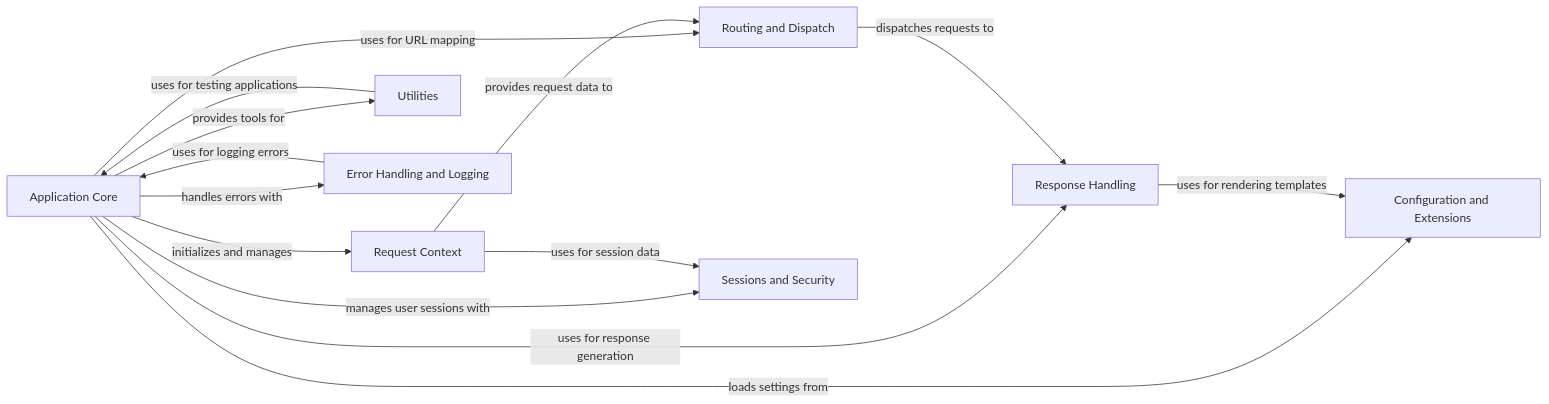
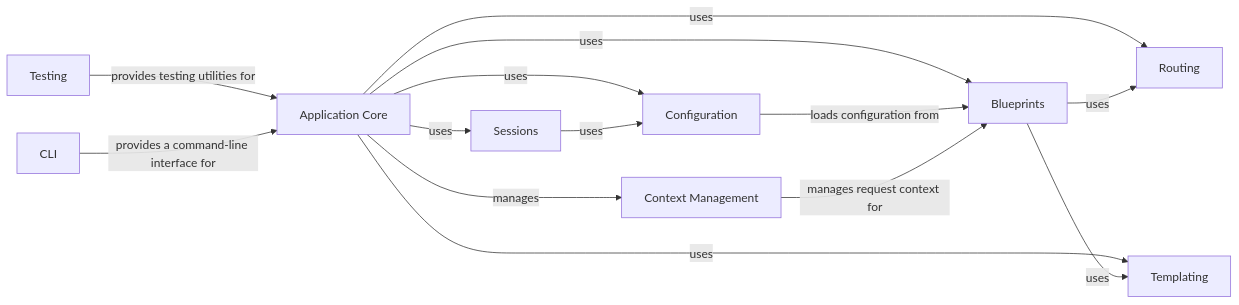
Before and after one commit to CodeBoarding/GeneratedOnBoardings: the diagram in flask/on_boarding.md, drawn with Mermaid. The commit also changed other lines of this file and 16 other files, not shown here.

````diff
--- a/flask/on_boarding.md
+++ b/flask/on_boarding.md
@@ -1,32 +1,34 @@
 ```mermaid
 graph LR
     Application_Core["Application Core"]
-    Request_Context["Request Context"]
-    Routing_and_Dispatch["Routing and Dispatch"]
-    Response_Handling["Response Handling"]
-    Configuration_and_Extensions["Configuration and Extensions"]
-    Sessions_and_Security["Sessions and Security"]
-    Utilities["Utilities"]
-    Error_Handling_and_Logging["Error Handling and Logging"]
-    Application_Core -- "initializes and manages" --> Request_Context
-    Application_Core -- "uses for URL mapping" --> Routing_and_Dispatch
-    Application_Core -- "uses for response generation" --> Response_Handling
-    Application_Core -- "loads settings from" --> Configuration_and_Extensions
-    Application_Core -- "manages user sessions with" --> Sessions_and_Security
-    Application_Core -- "provides tools for" --> Utilities
-    Application_Core -- "handles errors with" --> Error_Handling_and_Logging
-    Request_Context -- "provides request data to" --> Routing_and_Dispatch
-    Routing_and_Dispatch -- "dispatches requests to" --> Response_Handling
-    Response_Handling -- "uses for rendering templates" --> Configuration_and_Extensions
-    Request_Context -- "uses for session data" --> Sessions_and_Security
-    Utilities -- "uses for testing applications" --> Application_Core
-    Error_Handling_and_Logging -- "uses for logging errors" --> Application_Core
+    Context_Management["Context Management"]
+    Routing["Routing"]
+    Blueprints["Blueprints"]
+    Templating["Templating"]
+    Sessions["Sessions"]
+    Configuration["Configuration"]
+    Testing["Testing"]
+    CLI["CLI"]
+    Application_Core -- "manages" --> Context_Management
+    Application_Core -- "uses" --> Configuration
+    Application_Core -- "uses" --> Routing
+    Application_Core -- "uses" --> Blueprints
+    Application_Core -- "uses" --> Templating
+    Application_Core -- "uses" --> Sessions
+    Testing -- "provides testing utilities for" --> Application_Core
+    CLI -- "provides a command-line interface for" --> Application_Core
+    Configuration -- "loads configuration from" --> Blueprints
+    Context_Management -- "manages request context for" --> Blueprints
+    Blueprints -- "uses" --> Routing
+    Blueprints -- "uses" --> Templating
+    Sessions -- "uses" --> Configuration
     click Application_Core href "https://github.com/CodeBoarding/GeneratedOnBoardings/blob/main/flask/Application Core.md" "Details"
-    click Request_Context href "https://github.com/CodeBoarding/GeneratedOnBoardings/blob/main/flask/Request Context.md" "Details"
-    click Routing_and_Dispatch href "https://github.com/CodeBoarding/GeneratedOnBoardings/blob/main/flask/Routing and Dispatch.md" "Details"
-    click Response_Handling href "https://github.com/CodeBoarding/GeneratedOnBoardings/blob/main/flask/Response Handling.md" "Details"
-    click Configuration_and_Extensions href "https://github.com/CodeBoarding/GeneratedOnBoardings/blob/main/flask/Configuration and Extensions.md" "Details"
-    click Sessions_and_Security href "https://github.com/CodeBoarding/GeneratedOnBoardings/blob/main/flask/Sessions and Security.md" "Details"
-    click Utilities href "https://github.com/CodeBoarding/GeneratedOnBoardings/blob/main/flask/Utilities.md" "Details"
-    click Error_Handling_and_Logging href "https://github.com/CodeBoarding/GeneratedOnBoardings/blob/main/flask/Error Handling and Logging.md" "Details"
+    click Context_Management href "https://github.com/CodeBoarding/GeneratedOnBoardings/blob/main/flask/Context Management.md" "Details"
+    click Routing href "https://github.com/CodeBoarding/GeneratedOnBoardings/blob/main/flask/Routing.md" "Details"
+    click Blueprints href "https://github.com/CodeBoarding/GeneratedOnBoardings/blob/main/flask/Blueprints.md" "Details"
+    click Templating href "https://github.com/CodeBoarding/GeneratedOnBoardings/blob/main/flask/Templating.md" "Details"
+    click Sessions href "https://github.com/CodeBoarding/GeneratedOnBoardings/blob/main/flask/Sessions.md" "Details"
+    click Configuration href "https://github.com/CodeBoarding/GeneratedOnBoardings/blob/main/flask/Configuration.md" "Details"
+    click Testing href "https://github.com/CodeBoarding/GeneratedOnBoardings/blob/main/flask/Testing.md" "Details"
+    click CLI href "https://github.com/CodeBoarding/GeneratedOnBoardings/blob/main/flask/CLI.md" "Details"
 ```
````
